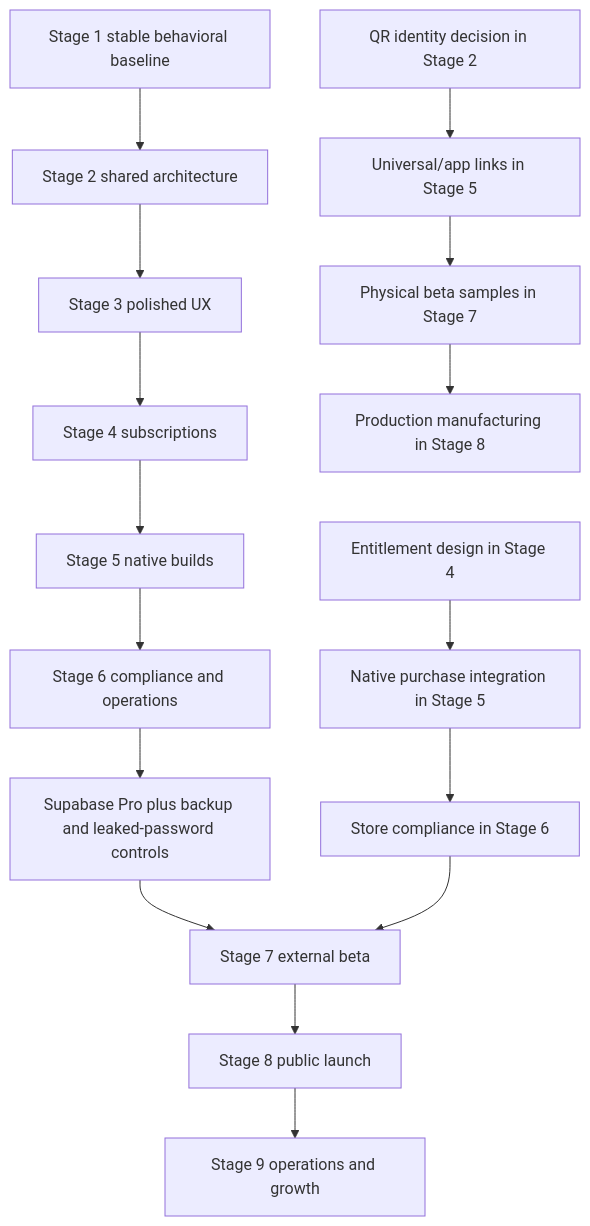
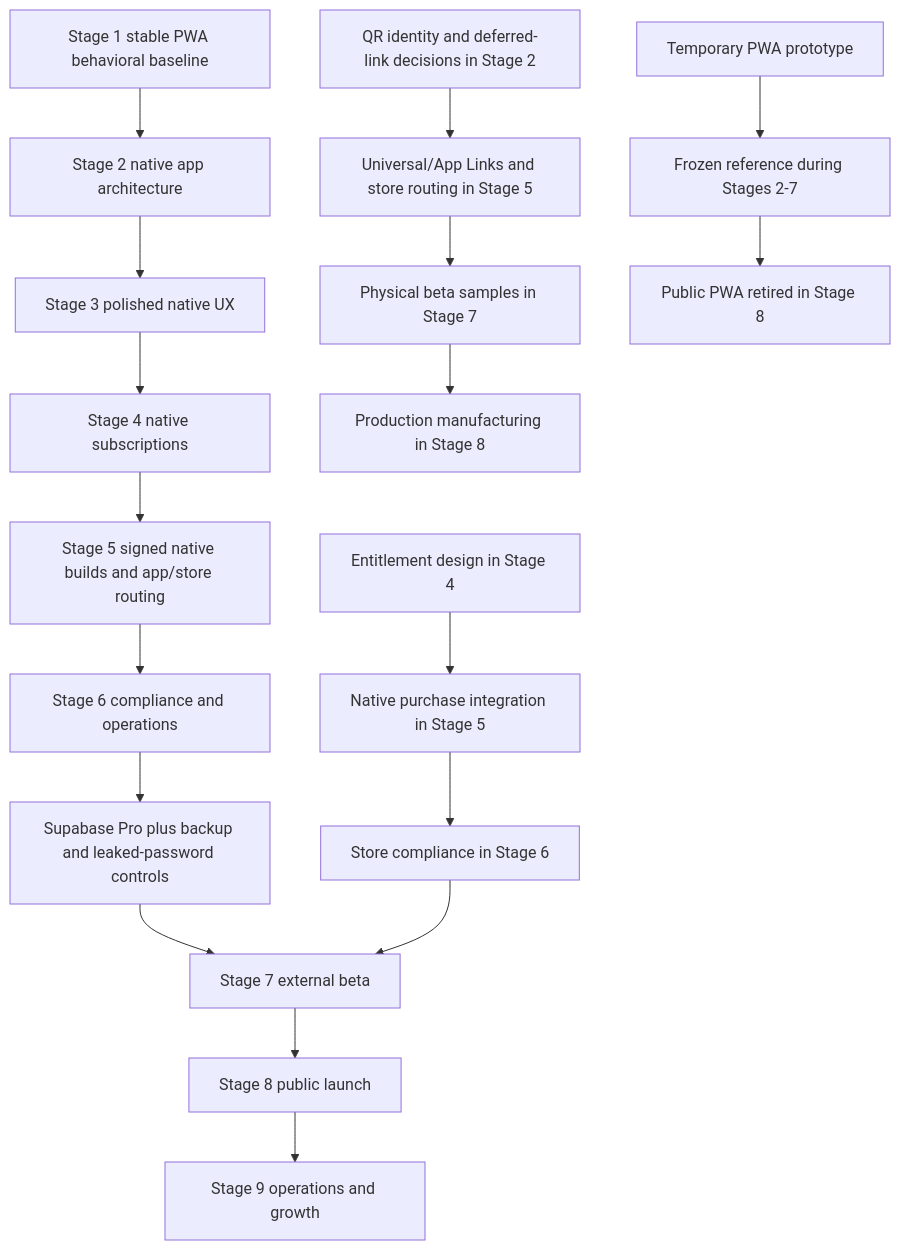
One commit to aizquier97-hub/Project-Bookmarkt changed the third of 3 diagrams in docs/PRODUCT_ROADMAP.md. Above: the diagram before and after it, drawn with Mermaid. The commit also changed other lines of this file and 9 other files, not shown here.

Commit message:
Align roadmap with native app launch

````diff
--- a/docs/PRODUCT_ROADMAP.md
+++ b/docs/PRODUCT_ROADMAP.md
@@ -687,20 +764,23 @@
 ```mermaid
 flowchart TD
-    S1[Stage 1 stable behavioral baseline] --> S2[Stage 2 shared architecture]
-    S2 --> S3[Stage 3 polished UX]
-    S3 --> S4[Stage 4 subscriptions]
-    S4 --> S5[Stage 5 native builds]
+    S1[Stage 1 stable PWA behavioral baseline] --> S2[Stage 2 native app architecture]
+    S2 --> S3[Stage 3 polished native UX]
+    S3 --> S4[Stage 4 native subscriptions]
+    S4 --> S5[Stage 5 signed native builds and app/store routing]
     S5 --> S6[Stage 6 compliance and operations]
     S6 --> P[Supabase Pro plus backup and leaked-password controls]
     P --> S7[Stage 7 external beta]
     S7 --> S8[Stage 8 public launch]
     S8 --> S9[Stage 9 operations and growth]
 
-    Q[QR identity decision in Stage 2] --> U[Universal/app links in Stage 5]
+    Q[QR identity and deferred-link decisions in Stage 2] --> U[Universal/App Links and store routing in Stage 5]
     U --> B[Physical beta samples in Stage 7]
     B --> M[Production manufacturing in Stage 8]
 
     E[Entitlement design in Stage 4] --> N[Native purchase integration in Stage 5]
     N --> C[Store compliance in Stage 6]
     C --> S7
+
+    W[Temporary PWA prototype] --> X[Frozen reference during Stages 2-7]
+    X --> Y[Public PWA retired in Stage 8]
 ```
````
